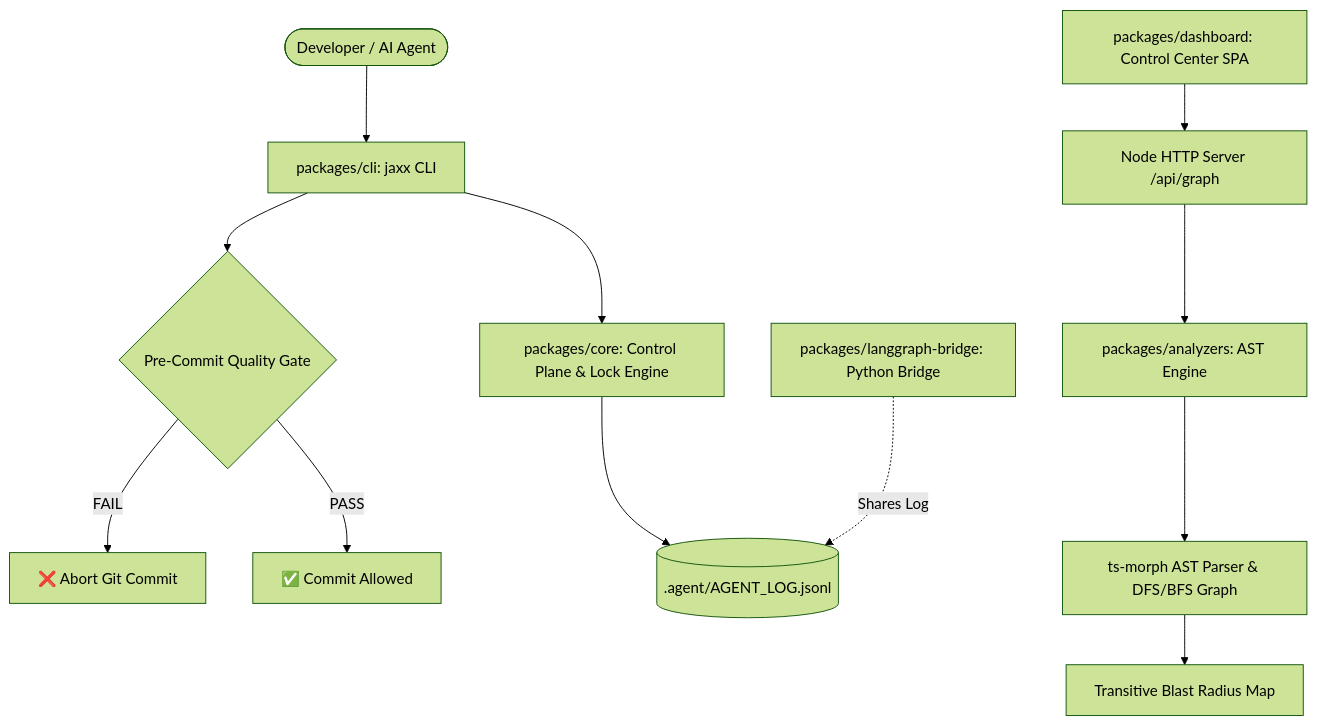
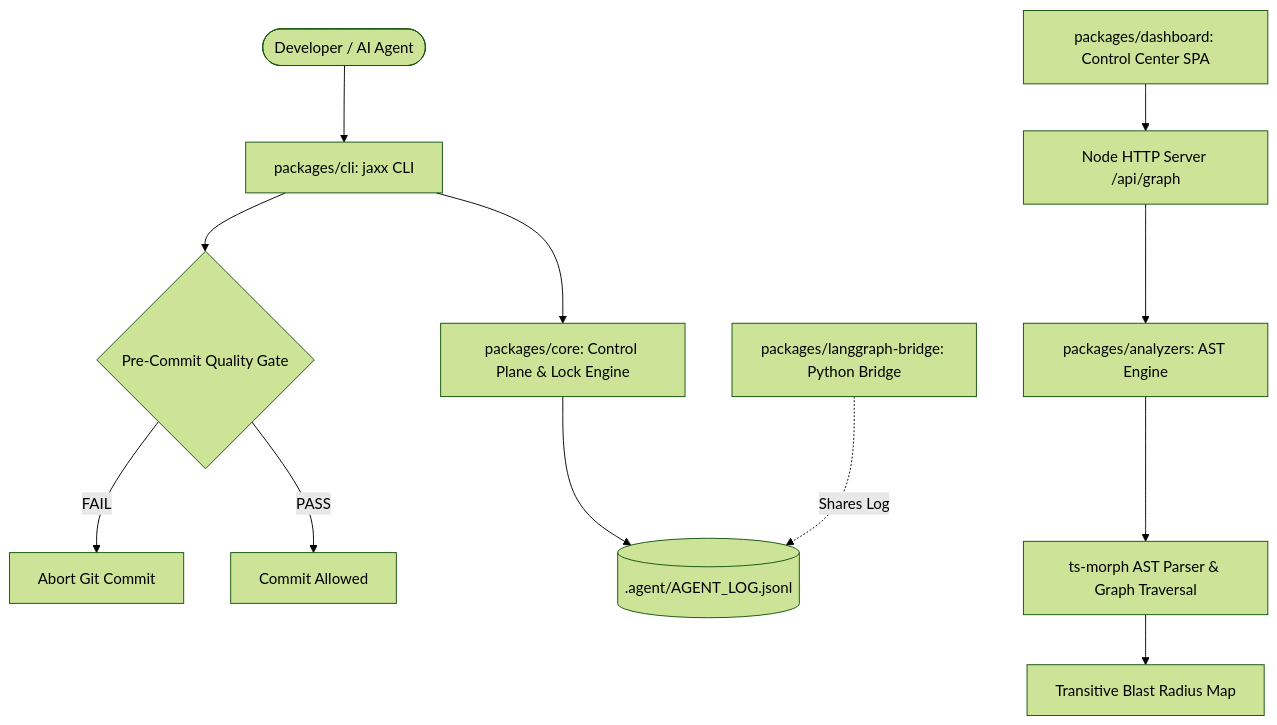
The diagram in README.md (EfraimRochaJaxx/.agent-jaxx-model), drawn with Mermaid (forest theme) before and after one commit. The commit also changed other lines of this file, not shown here.

````diff
--- a/README.md
+++ b/README.md
@@ -47,17 +42,17 @@
 ```mermaid
 graph TD
     User([Developer / AI Agent]) --> CLI[packages/cli: jaxx CLI]
     CLI --> Gate{Pre-Commit Quality Gate}
-    Gate -- FAIL --> Block[❌ Abort Git Commit]
-    Gate -- PASS --> Git[✅ Commit Allowed]
+    Gate -- FAIL --> Block[Abort Git Commit]
+    Gate -- PASS --> Git[Commit Allowed]
     
     CLI --> Core[packages/core: Control Plane & Lock Engine]
     Core --> Log[(.agent/AGENT_LOG.jsonl)]
     
     Dashboard[packages/dashboard: Control Center SPA] --> Server[Node HTTP Server /api/graph]
     Server --> Analyzers[packages/analyzers: AST Engine]
-    Analyzers --> AST[ts-morph AST Parser & DFS/BFS Graph]
+    Analyzers --> AST[ts-morph AST Parser & Graph Traversal]
     AST --> BlastRadius[Transitive Blast Radius Map]
     
     Bridge[packages/langgraph-bridge: Python Bridge] -. Shares Log .-> Log
 ```
````
